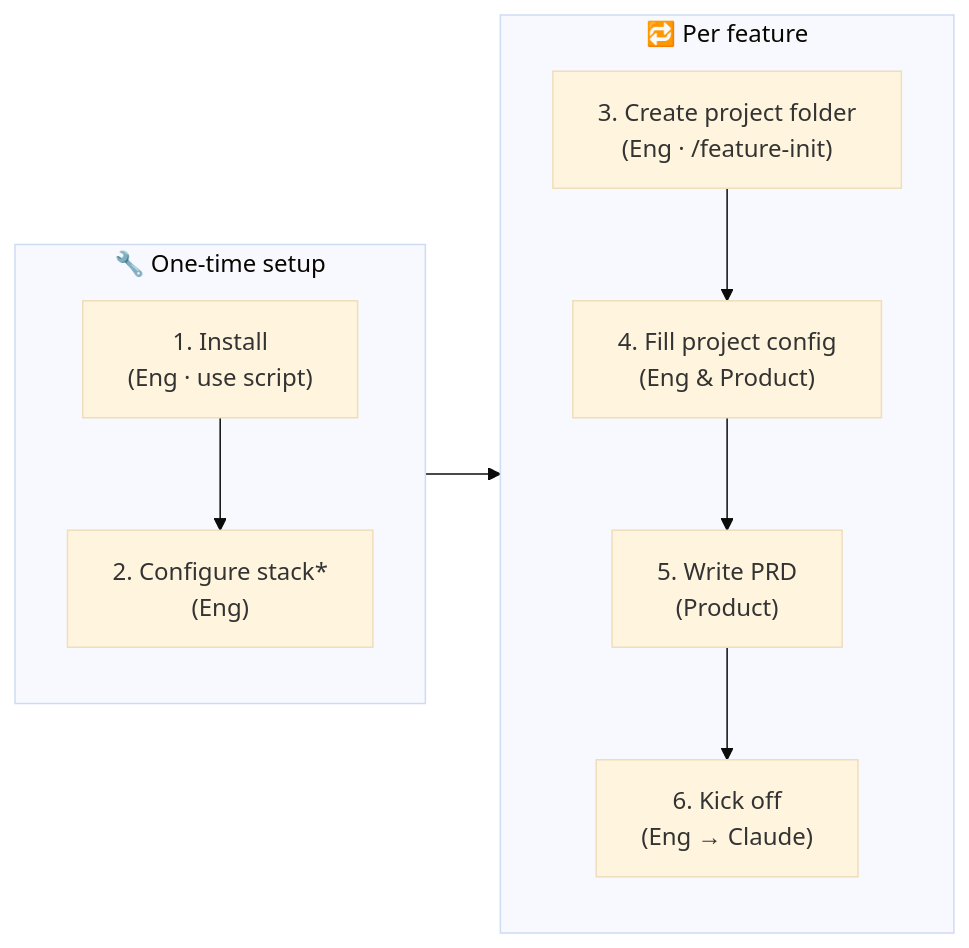
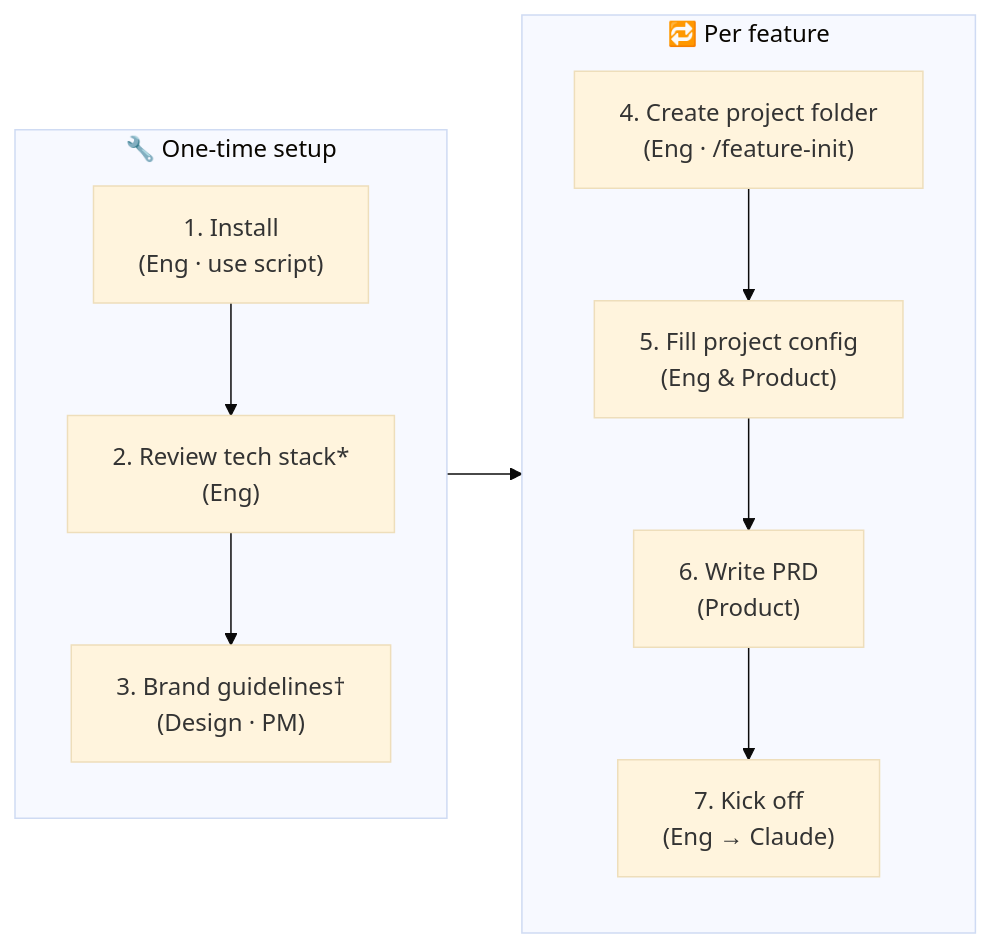
One commit to sans-github/agents changed the diagram in .claude/GETTING-STARTED.md. Above: the diagram before and after it, drawn with Mermaid (base theme). The commit also changed other lines of this file, not shown here.

Commit message:
overhaul GETTING-STARTED: add summary table, renumber steps, brand guidelines as step 3, optional markers, link notation, passive review language

````diff
--- a/.claude/GETTING-STARTED.md
+++ b/.claude/GETTING-STARTED.md
@@ -3,10 +3,10 @@
 ```mermaid
 flowchart LR
   subgraph once["🔧 One-time setup"]
-    s1["1. Install<br/>(Eng · use script)"] --> s2["2. Configure stack*<br/>(Eng)"]
+    s1["1. Install<br/>(Eng · use script)"] --> s2["2. Review tech stack*<br/>(Eng)"] --> s3["3. Brand guidelines†<br/>(Design · PM)"]
   end
   subgraph feat["🔁 Per feature"]
-    s3["3. Create project folder<br/>(Eng · /feature-init)"] --> s4["4. Fill project config<br/>(Eng & Product)"] --> s5["5. Write PRD<br/>(Product)"] --> s6["6. Kick off<br/>(Eng → Claude)"]
+    s4["4. Create project folder<br/>(Eng · /feature-init)"] --> s5["5. Fill project config<br/>(Eng & Product)"] --> s6["6. Write PRD<br/>(Product)"] --> s7["7. Kick off<br/>(Eng → Claude)"]
   end
   once --> feat
 ```
````
